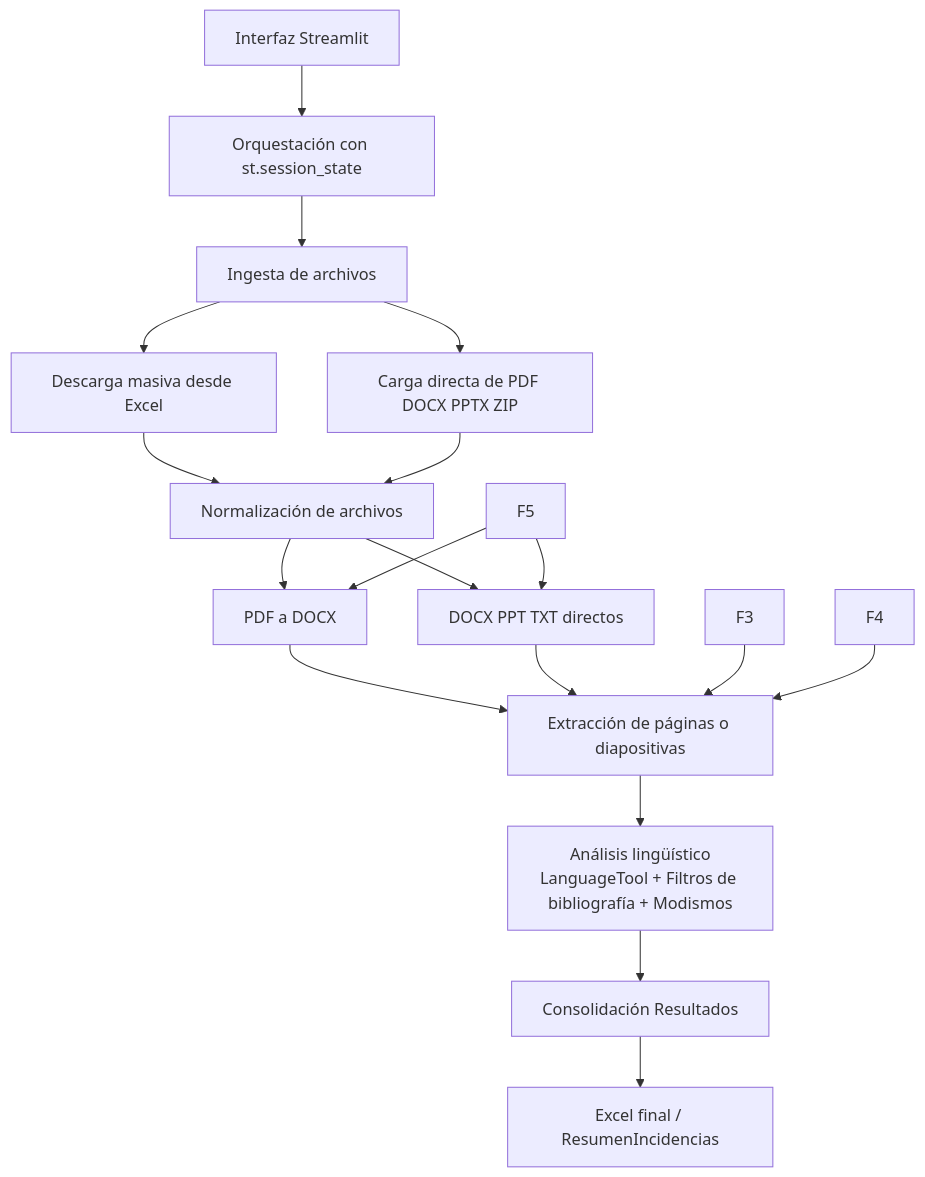
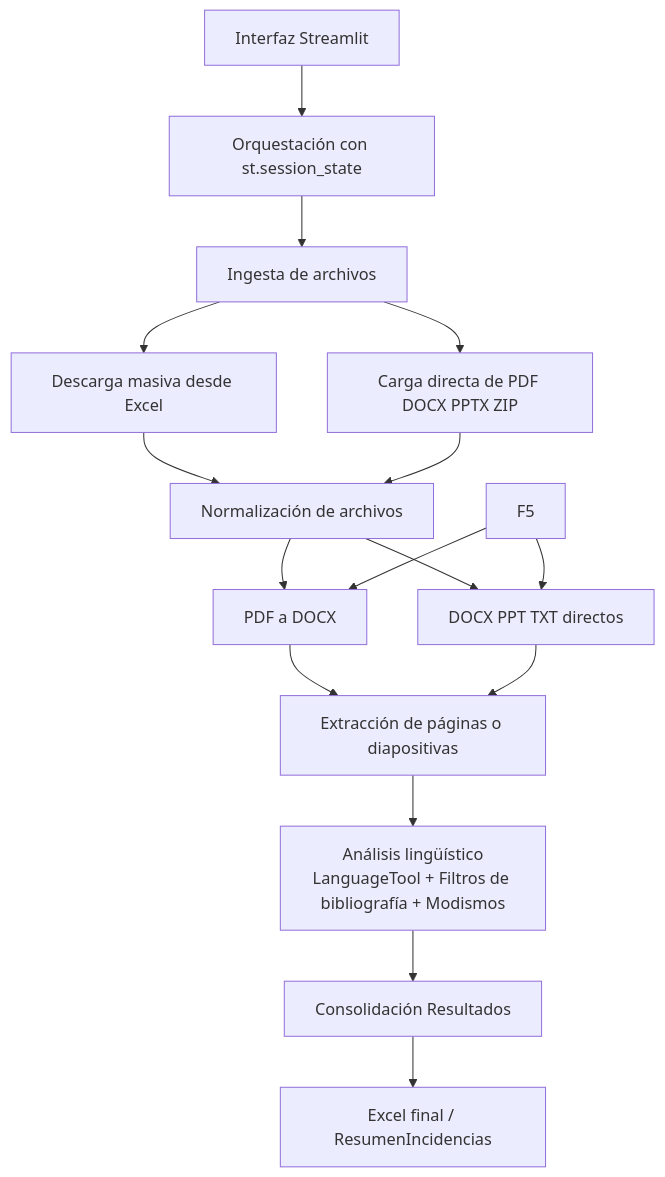
One commit to joseluisantunezcondezo/UTP_GrammarScan changed the diagram in README.md. Above: the diagram before and after it, drawn with Mermaid.

Commit message:
README.md

````diff
--- a/README.md
+++ b/README.md
@@ -140,21 +140,19 @@
 ```mermaid
 flowchart TD
     A[Interfaz Streamlit] --> B[Orquestación con st.session_state]
     B --> C[Ingesta de archivos]
     C --> D1[Descarga masiva desde Excel]
     C --> D2[Carga directa de PDF DOCX PPTX ZIP]
     D1 --> E[Normalización de archivos]
     D2 --> E
     E --> F1[PDF a DOCX]
     E --> F2[DOCX PPT TXT  directos]
     F5 --> F1
     F5 --> F2
     F1 --> G[Extracción de páginas o diapositivas]
     F2 --> G
-    F3 --> G
-    F4 --> G
     G --> H[Análisis lingüístico
 LanguageTool + Filtros de bibliografía + Modismos]
     H --> I[Consolidación Resultados]
     I --> J[Excel final / ResumenIncidencias]
 ```
````
